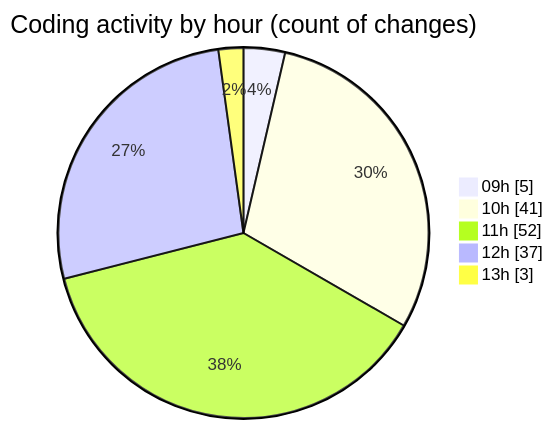
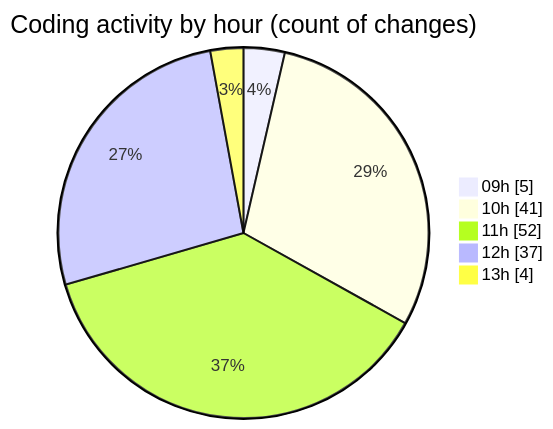
One commit to momahboobian/code-tracking changed the second of 2 diagrams in 2026-04-27/cda/README.md. Above: the diagram before and after it, drawn with Mermaid. The commit also changed other lines of this file and 1 other file, not shown here.

````diff
--- a/2026-04-27/cda/README.md
+++ b/2026-04-27/cda/README.md
@@ -53,9 +53,9 @@
 ```mermaid
 pie showData
 title Coding activity by hour (count of changes)
 "09h" : 5
 "10h" : 41
 "11h" : 52
 "12h" : 37
-"13h" : 3
+"13h" : 4
 ```
````
